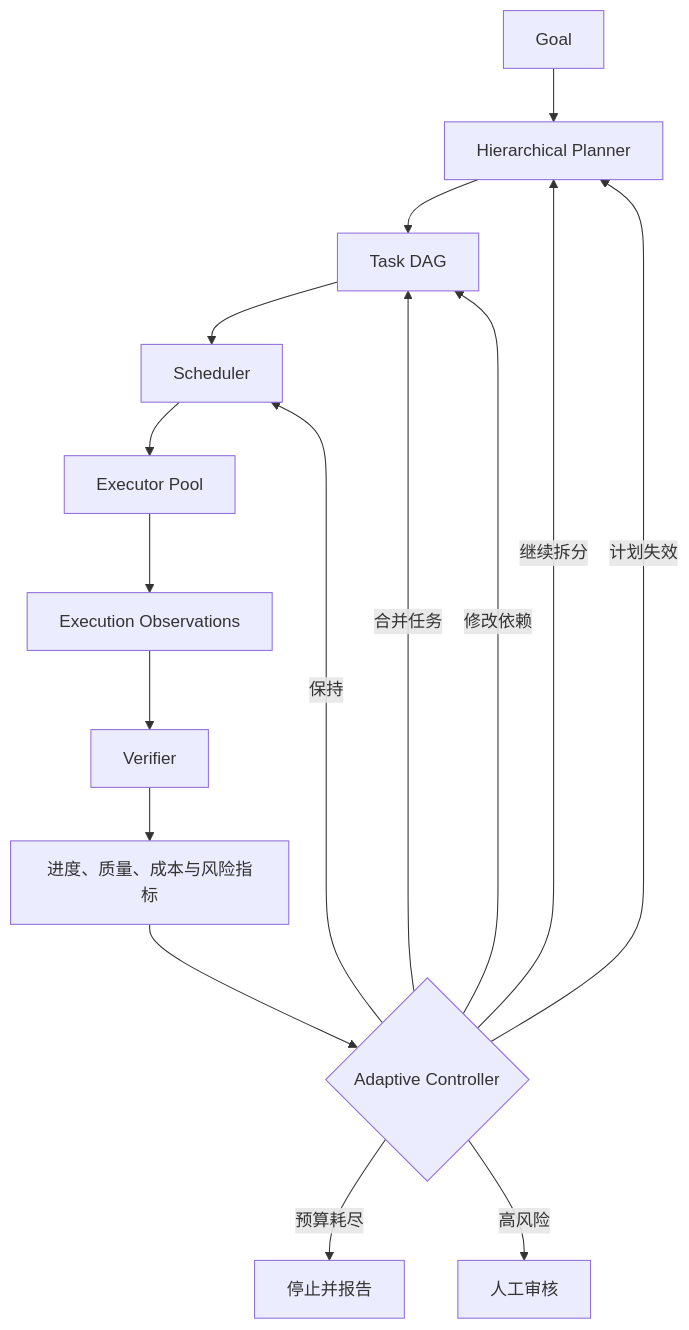
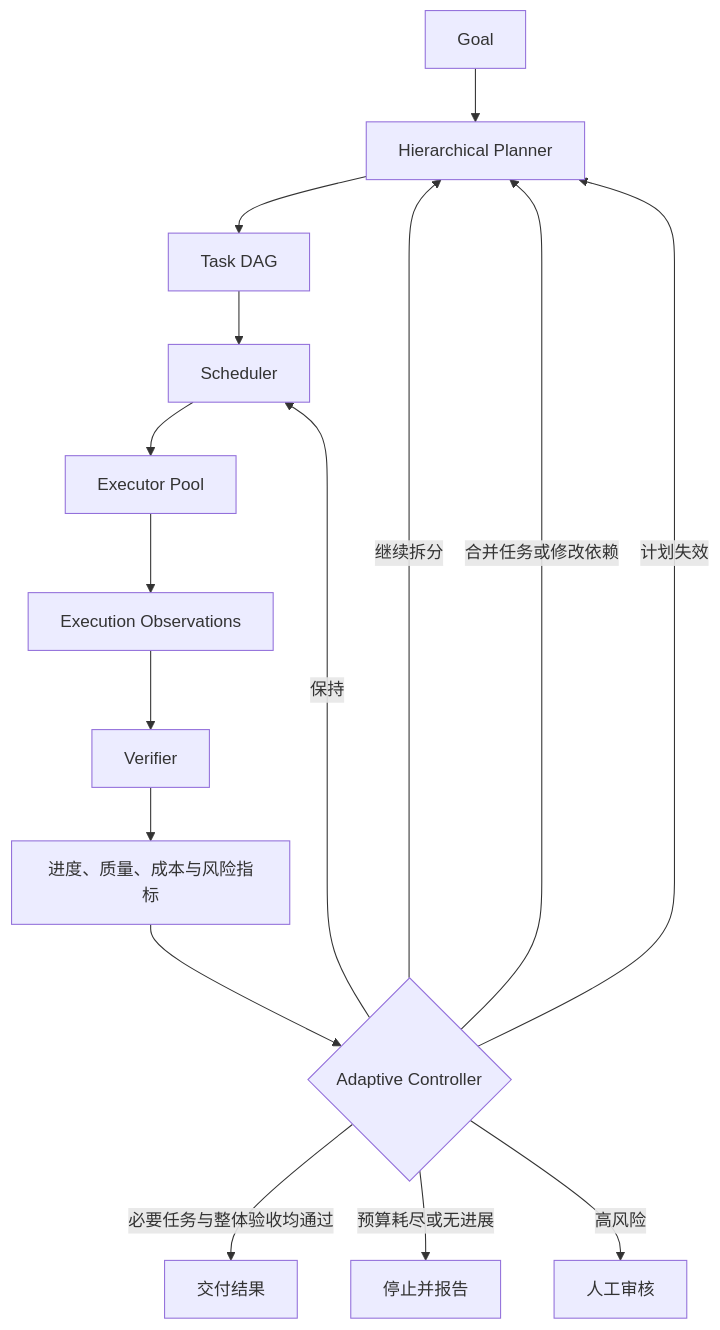
One commit to oneleaveknowsthefall/awesome-ai-roadmap changed diagram 13 of 16 in docs/agent/02-reasoning-planning/06-task-decomposition.md. Above: the diagram before and after it, drawn with Mermaid. The commit also changed other lines of this file and 34 other files, not shown here.

````diff
--- a/docs/agent/02-reasoning-planning/06-task-decomposition.md
+++ b/docs/agent/02-reasoning-planning/06-task-decomposition.md
@@ -768,20 +785,20 @@
 ```mermaid
 flowchart TB
     G[Goal] --> P[Hierarchical Planner]
     P --> DAG[Task DAG]
     DAG --> SCH[Scheduler]
     SCH --> EX[Executor Pool]
     EX --> OBS[Execution Observations]
     OBS --> VER[Verifier]
 
     VER --> MET[进度、质量、成本与风险指标]
     MET --> CTRL{Adaptive Controller}
 
     CTRL -->|保持| SCH
+    CTRL -->|必要任务与整体验收均通过| DONE[交付结果]
     CTRL -->|继续拆分| P
-    CTRL -->|合并任务| DAG
-    CTRL -->|修改依赖| DAG
+    CTRL -->|合并任务或修改依赖| P
     CTRL -->|计划失效| P
-    CTRL -->|预算耗尽| STOP[停止并报告]
+    CTRL -->|预算耗尽或无进展| STOP[停止并报告]
     CTRL -->|高风险| HUMAN[人工审核]
 ```
````
